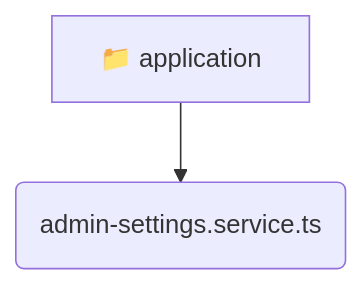
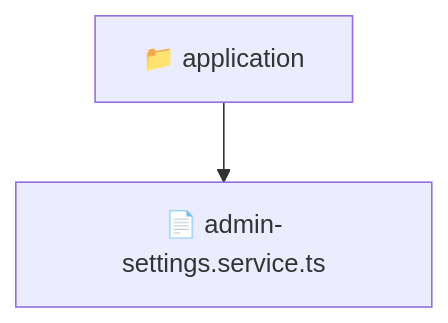
The diagram in backend/src/modules/admin-settings/application/README.md (beginwebdev2002/fullstack-mavluda), drawn with Mermaid before and after one commit. The commit also changed other lines of this file and 163 other files, not shown here.

````diff
--- a/backend/src/modules/admin-settings/application/README.md
+++ b/backend/src/modules/admin-settings/application/README.md
@@ -9,5 +10,5 @@
 ```mermaid
 graph TD
-  application[📁 application]
-  application --> application_admin_settings_service_ts(admin-settings.service.ts)
+  Root["📁 application"]
+  Root --> adminsettingsservicets["📄 admin-settings.service.ts"]
 ```
````
